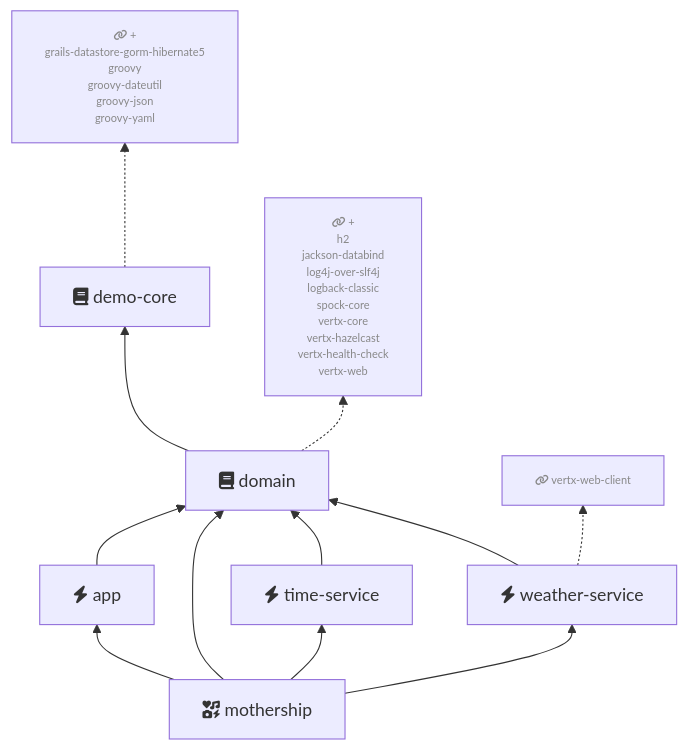
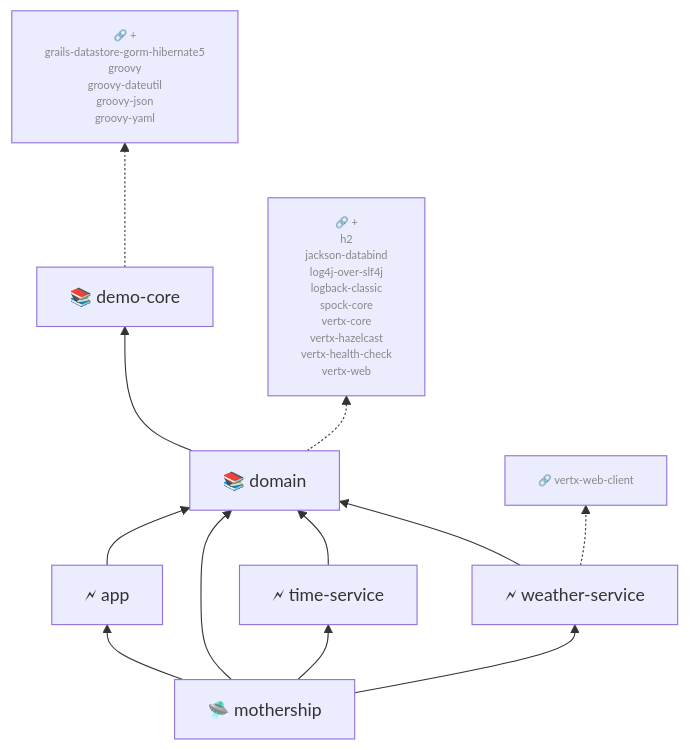
One commit to injecteer/vx-demo changed the diagram in README.md. Above: the diagram before and after it, drawn with Mermaid.

````diff
--- a/README.md
+++ b/README.md
@@ -3,25 +3,25 @@
 ```mermaid
 
 flowchart BT
 	classDef ext font-size:x-small, color:#888
-	app[fas:fa-bolt app]
-	demo-core-ext[fas:fa-link +<br>grails-datastore-gorm-hibernate5<br>groovy<br>groovy-dateutil<br>groovy-json<br>groovy-yaml]:::ext
-	demo-core[fas:fa-book demo-core]
-	domain-ext[fas:fa-link +<br>h2<br>jackson-databind<br>log4j-over-slf4j<br>logback-classic<br>spock-core<br>vertx-core<br>vertx-hazelcast<br>vertx-health-check<br>vertx-web]:::ext
-	domain[fas:fa-book domain]
-	mothership[fas:fa-icons mothership]
-	time-service[fas:fa-bolt time-service]
-	weather-service-ext[fas:fa-link vertx-web-client]:::ext
-	weather-service[fas:fa-bolt weather-service]
+	app[🗲 app]
+	demo-core-ext[🔗 +<br>grails-datastore-gorm-hibernate5<br>groovy<br>groovy-dateutil<br>groovy-json<br>groovy-yaml]:::ext
+	demo-core[📚 demo-core]
+	domain-ext[🔗 +<br>h2<br>jackson-databind<br>log4j-over-slf4j<br>logback-classic<br>spock-core<br>vertx-core<br>vertx-hazelcast<br>vertx-health-check<br>vertx-web]:::ext
+	domain[📚 domain]
+	mothership[🛸 mothership]
+	time-service[🗲 time-service]
+	weather-service-ext[🔗 vertx-web-client]:::ext
+	weather-service[🗲 weather-service]
 	app --> domain
 	demo-core .-> demo-core-ext
 	domain --> demo-core
 	domain .-> domain-ext
 	mothership --> domain
 	mothership --> app
 	mothership --> time-service
 	mothership --> weather-service
 	time-service --> domain
 	weather-service --> domain
 	weather-service .-> weather-service-ext
 ```
````
